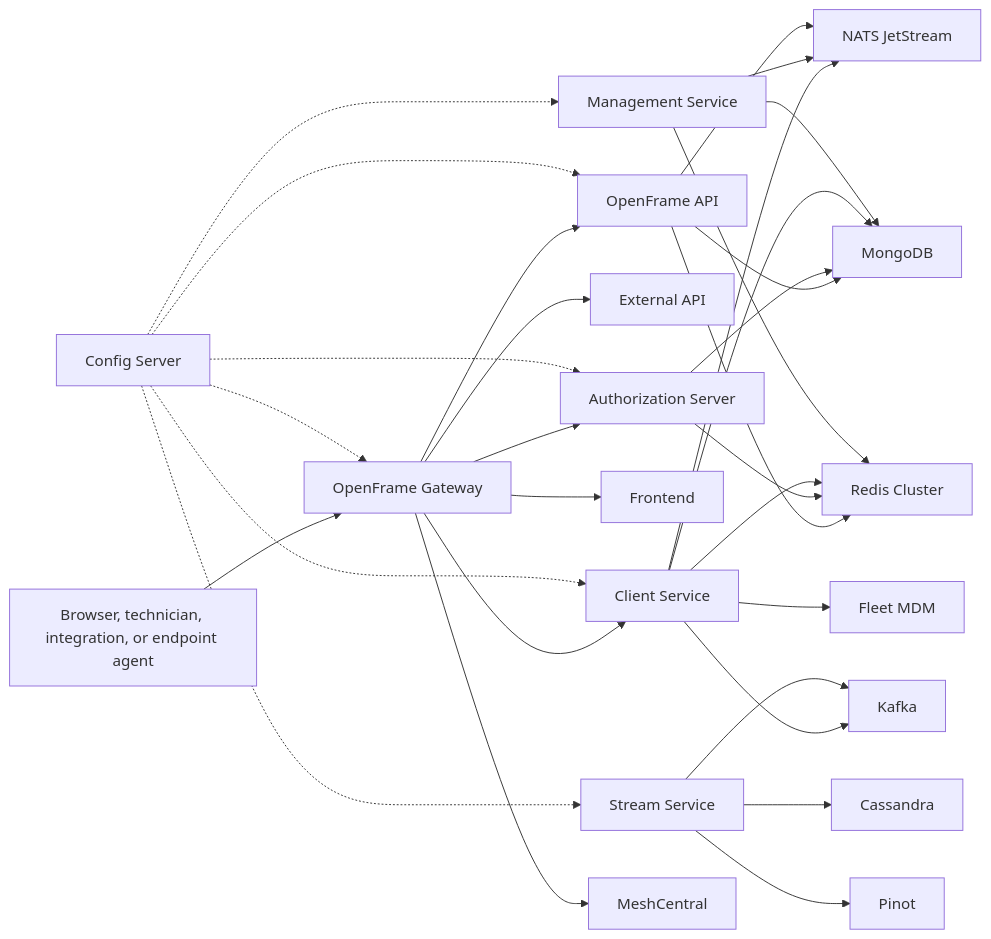
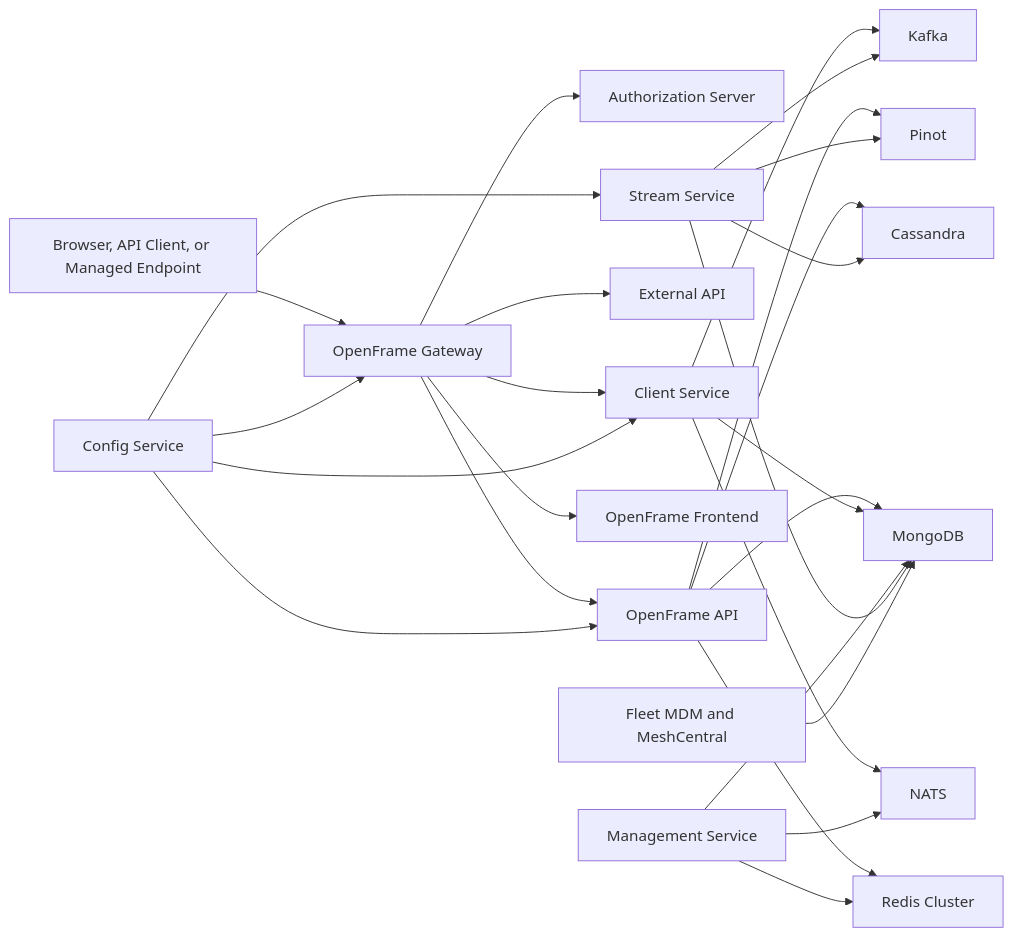
Before and after one commit to flamingo-stack/openframe-oss-tenant: the diagram in README.md, drawn with Mermaid. The commit also changed other lines of this file and 2377 other files, not shown here.

````diff
--- a/README.md
+++ b/README.md
@@ -37,39 +35,35 @@
 ```mermaid
 flowchart LR
-    User["Browser, technician, integration, or endpoint agent"] --> Gateway["OpenFrame Gateway"]
+    User["Browser, API Client, or Managed Endpoint"] --> Gateway["OpenFrame Gateway"]
 
     Gateway --> Auth["Authorization Server"]
     Gateway --> Api["OpenFrame API"]
     Gateway --> ExternalApi["External API"]
-    Gateway --> Client["Client Service"]
-    Gateway --> Frontend["Frontend"]
-
-    Config["Config Server"] -.-> Api
-    Config -.-> Auth
-    Config -.-> Client
-    Config -.-> Gateway
-    Config -.-> Management["Management Service"]
-    Config -.-> Stream["Stream Service"]
-
-    Client --> Nats["NATS JetStream"]
-    Management --> Nats
-    Api --> Nats
-
-    Client --> Kafka["Kafka"]
-    Stream --> Kafka
-    Stream --> Cassandra["Cassandra"]
-    Stream --> Pinot["Pinot"]
+    Gateway --> ClientService["Client Service"]
+    Gateway --> Frontend["OpenFrame Frontend"]
 
     Api --> Mongo["MongoDB"]
-    Auth --> Mongo
-    Client --> Mongo
+    Api --> Redis["Redis Cluster"]
+    Api --> Cassandra["Cassandra"]
+    Api --> Pinot["Pinot"]
+
+    ClientService --> Nats["NATS"]
+    ClientService --> Kafka["Kafka"]
+    ClientService --> Mongo
+
+    Management["Management Service"] --> Nats
     Management --> Mongo
-
-    Api --> Redis["Redis Cluster"]
-    Auth --> Redis
-    Client --> Redis
     Management --> Redis
 
-    Client --> Fleet["Fleet MDM"]
-    Gateway --> Mesh["MeshCentral"]
+    Stream["Stream Service"] --> Kafka
+    Stream --> Cassandra
+    Stream --> Pinot
+    Stream --> Mongo
+
+    Config["Config Service"] --> Api
+    Config --> ClientService
+    Config --> Gateway
+    Config --> Stream
+
+    TenantTools["Fleet MDM and MeshCentral"] --> Mongo
 ```
````
